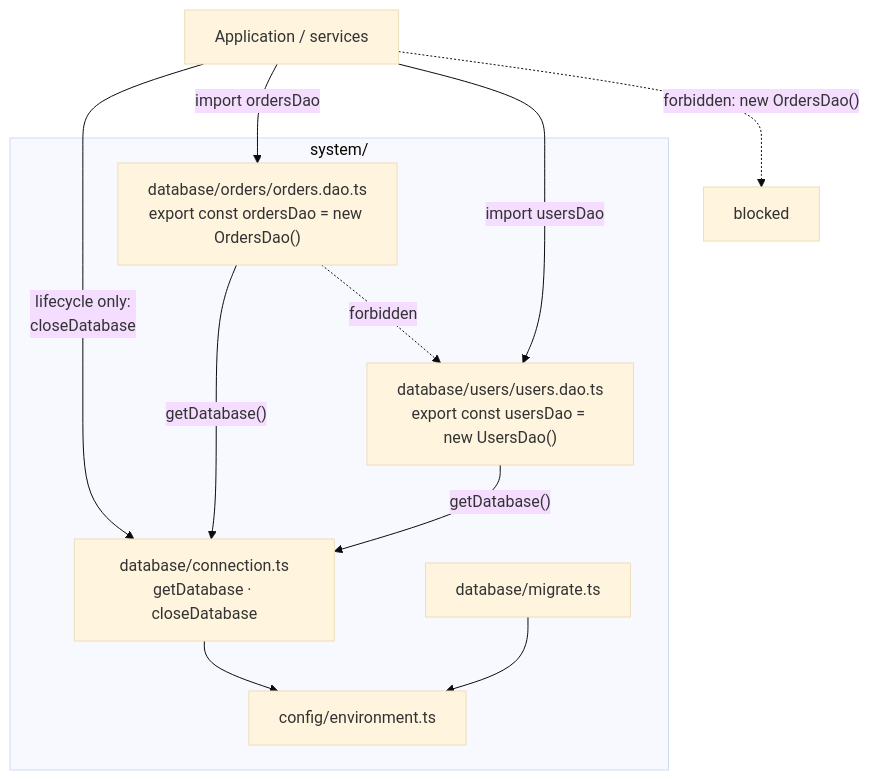
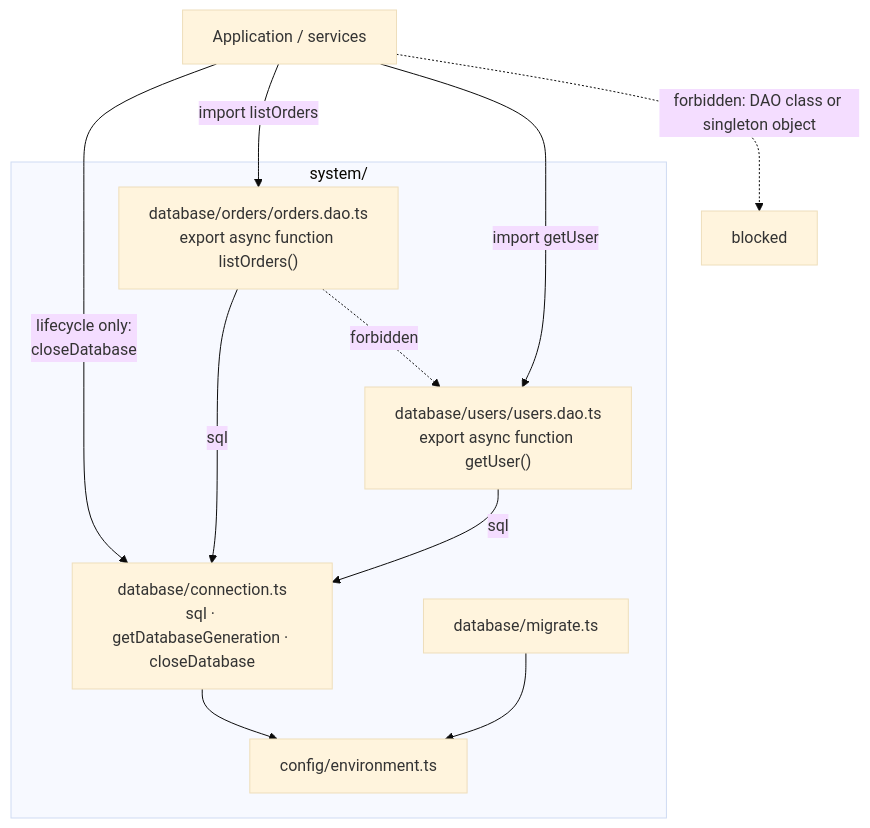
The first of 2 diagrams in presets/database/README.md (greenhost87/agent-quality-gate), drawn with Mermaid (base theme) before and after one commit. The commit also changed other lines of this file and 526 other files, not shown here.

````diff
--- a/presets/database/README.md
+++ b/presets/database/README.md
@@ -19,20 +20,20 @@
 ```mermaid
 flowchart TB
   subgraph system["system/"]
     Env["config/environment.ts"]
-    Conn["database/connection.ts<br/>getDatabase · closeDatabase"]
+    Conn["database/connection.ts<br/>sql · getDatabaseGeneration · closeDatabase"]
     Mig["database/migrate.ts"]
-    DaoA["database/orders/orders.dao.ts<br/>export const ordersDao = new OrdersDao()"]
-    DaoB["database/users/users.dao.ts<br/>export const usersDao = new UsersDao()"]
+    DaoA["database/orders/orders.dao.ts<br/>export async function listOrders()"]
+    DaoB["database/users/users.dao.ts<br/>export async function getUser()"]
   end
 
   App["Application / services"] -->|"lifecycle only:<br/>closeDatabase"| Conn
-  App -->|"import ordersDao"| DaoA
-  App -->|"import usersDao"| DaoB
-  DaoA -->|"getDatabase()"| Conn
-  DaoB -->|"getDatabase()"| Conn
+  App -->|"import listOrders"| DaoA
+  App -->|"import getUser"| DaoB
+  DaoA -->|"sql"| Conn
+  DaoB -->|"sql"| Conn
   Conn --> Env
   Mig --> Env
   DaoA -.->|"forbidden"| DaoB
-  App -.->|"forbidden: new OrdersDao()"| X["blocked"]
+  App -.->|"forbidden: DAO class or singleton object"| X["blocked"]
 ```
````
